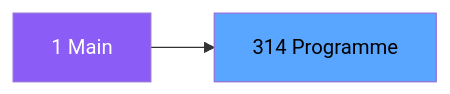
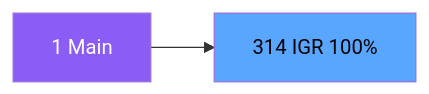
The second of 3 diagrams in .openspec/specs/ADH-IDE-314.md (thonyAGP/magic-migration), drawn with Mermaid before and after one commit. The commit also changed other lines of this file and 323 other files, not shown here.

````diff
--- a/.openspec/specs/ADH-IDE-314.md
+++ b/.openspec/specs/ADH-IDE-314.md
@@ -118,8 +144,8 @@
 ```mermaid
 graph LR
     M[1 Main]
-    T[314 Programme]
+    T[314 IGR 100%]
     M --> T
     style M fill:#8b5cf6,color:#fff
     style T fill:#58a6ff,color:#000
 ```
````
